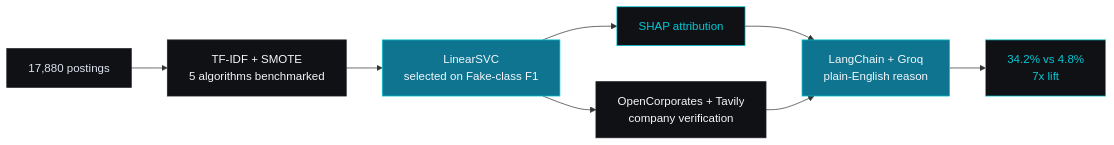
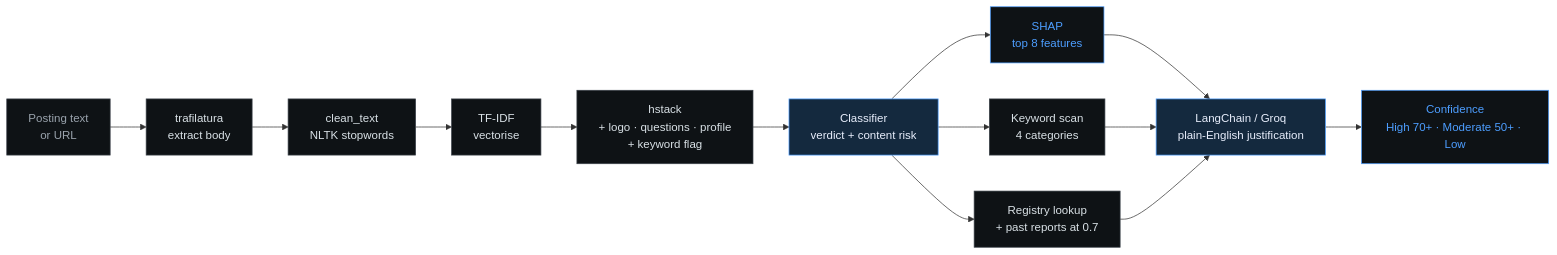
Before and after one commit to WnagarAryan/WnagarAryan: the first of 2 diagrams in README.md, drawn with Mermaid. The commit also changed other lines of this file and 12 other files, not shown here.

````diff
--- a/README.md
+++ b/README.md
@@ -51,18 +191,30 @@
 ```mermaid
 flowchart LR
-    A["17,880 postings"] --> B["TF-IDF + SMOTE<br/>5 algorithms benchmarked"]
-    B --> C["LinearSVC<br/>selected on Fake-class F1"]
-    C --> D["SHAP attribution"]
-    C --> E["OpenCorporates + Tavily<br/>company verification"]
-    D --> F["LangChain + Groq<br/>plain-English reason"]
-    E --> F
-    F --> G["34.2% vs 4.8%<br/>7x lift"]
+    A["Posting text<br/>or URL"] --> B["trafilatura<br/>extract body"]
+    B --> C["clean_text<br/>NLTK stopwords"]
+    C --> D["TF-IDF<br/>vectorise"]
+    D --> E["hstack<br/>+ logo · questions · profile<br/>+ keyword flag"]
+    E --> F["Classifier<br/>verdict + content risk"]
 
-    style A fill:#101114,color:#dde5f0,stroke:#22232a
-    style B fill:#101114,color:#f4f7fb,stroke:#22232a
-    style C fill:#0e7490,color:#f4f7fb,stroke:#00c9d7
-    style D fill:#101114,color:#00c9d7,stroke:#00c9d7
-    style E fill:#101114,color:#f4f7fb,stroke:#22232a
-    style F fill:#0e7490,color:#f4f7fb,stroke:#00c9d7
-    style G fill:#101114,color:#00c9d7,stroke:#00c9d7
+    F --> G["SHAP<br/>top 8 features"]
+    F --> H["Keyword scan<br/>4 categories"]
+    F --> I["Registry lookup<br/>+ past reports at 0.7"]
+
+    G --> J["LangChain / Groq<br/>plain-English justification"]
+    H --> J
+    I --> J
+
+    J --> K["Confidence<br/>High 70+ · Moderate 50+ · Low"]
+
+    style A fill:#0e1215,color:#9aa3ad,stroke:#3a4048
+    style B fill:#0e1215,color:#d9e1e6,stroke:#3a4048
+    style C fill:#0e1215,color:#d9e1e6,stroke:#3a4048
+    style D fill:#0e1215,color:#d9e1e6,stroke:#3a4048
+    style E fill:#0e1215,color:#d9e1e6,stroke:#3a4048
+    style F fill:#14293E,color:#e8eefc,stroke:#4d9eff
+    style G fill:#0e1215,color:#4d9eff,stroke:#4d9eff
+    style H fill:#0e1215,color:#d9e1e6,stroke:#3a4048
+    style I fill:#0e1215,color:#d9e1e6,stroke:#3a4048
+    style J fill:#14293E,color:#e8eefc,stroke:#4d9eff
+    style K fill:#0e1215,color:#4d9eff,stroke:#4d9eff
 ```
````
